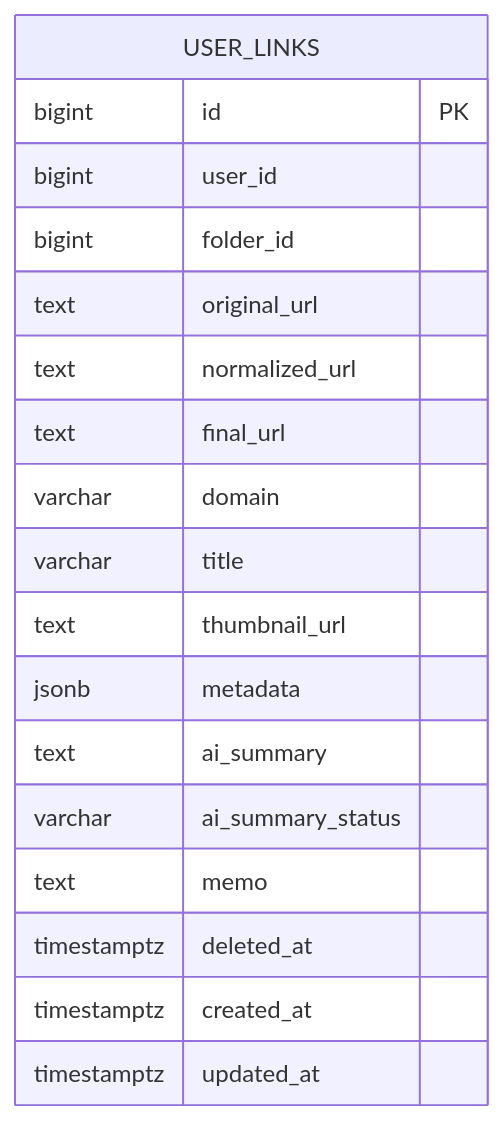
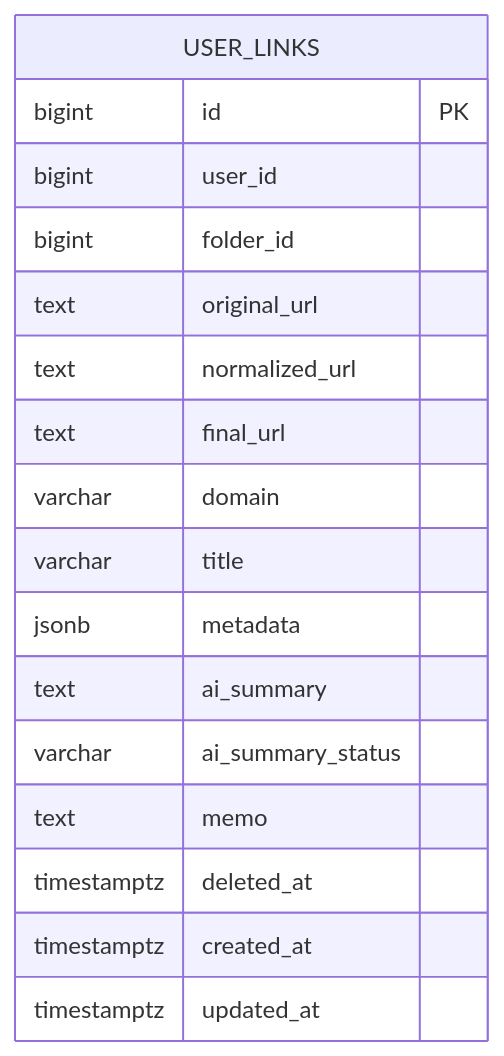
One commit to mash-up-kr/Promise.9-Server changed the diagram in docs/database/tables/user_links.md. Above: the diagram before and after it, drawn with Mermaid. The commit also changed other lines of this file, not shown here.

````diff
--- a/docs/database/tables/user_links.md
+++ b/docs/database/tables/user_links.md
@@ -7,21 +7,20 @@
 ```mermaid
 erDiagram
   USER_LINKS {
     bigint id PK
     bigint user_id
     bigint folder_id
     text original_url
     text normalized_url
     text final_url
     varchar domain
     varchar title
-    text thumbnail_url
     jsonb metadata
     text ai_summary
     varchar ai_summary_status
     text memo
     timestamptz deleted_at
     timestamptz created_at
     timestamptz updated_at
   }
 ```
````
